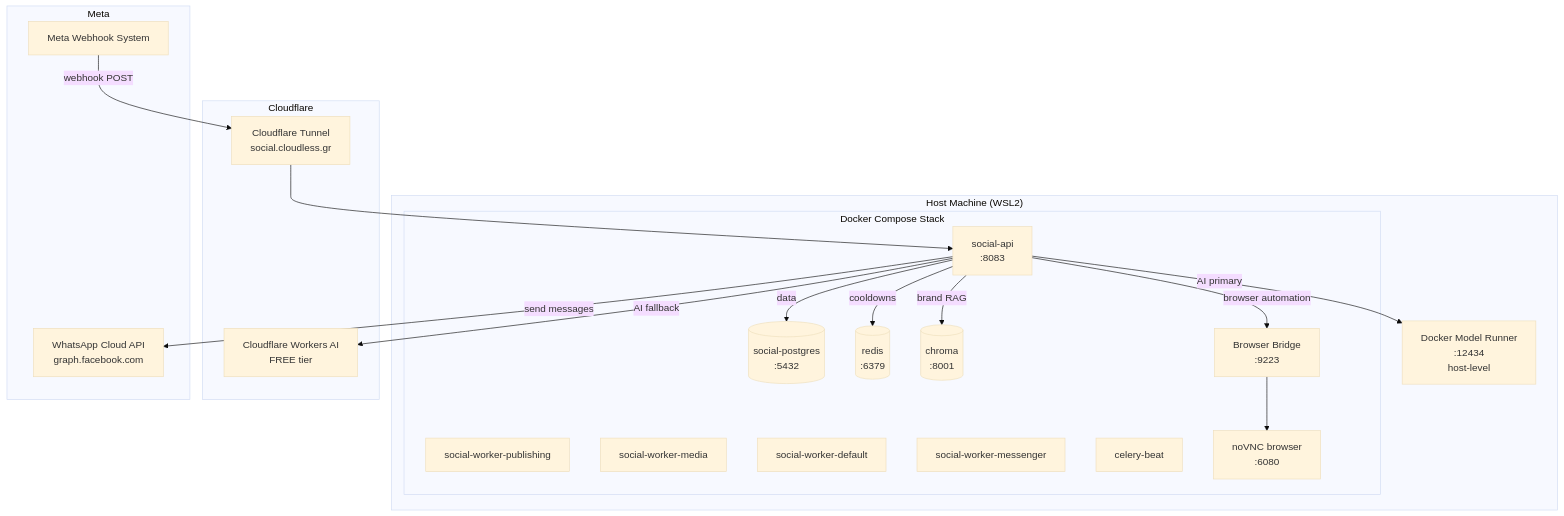
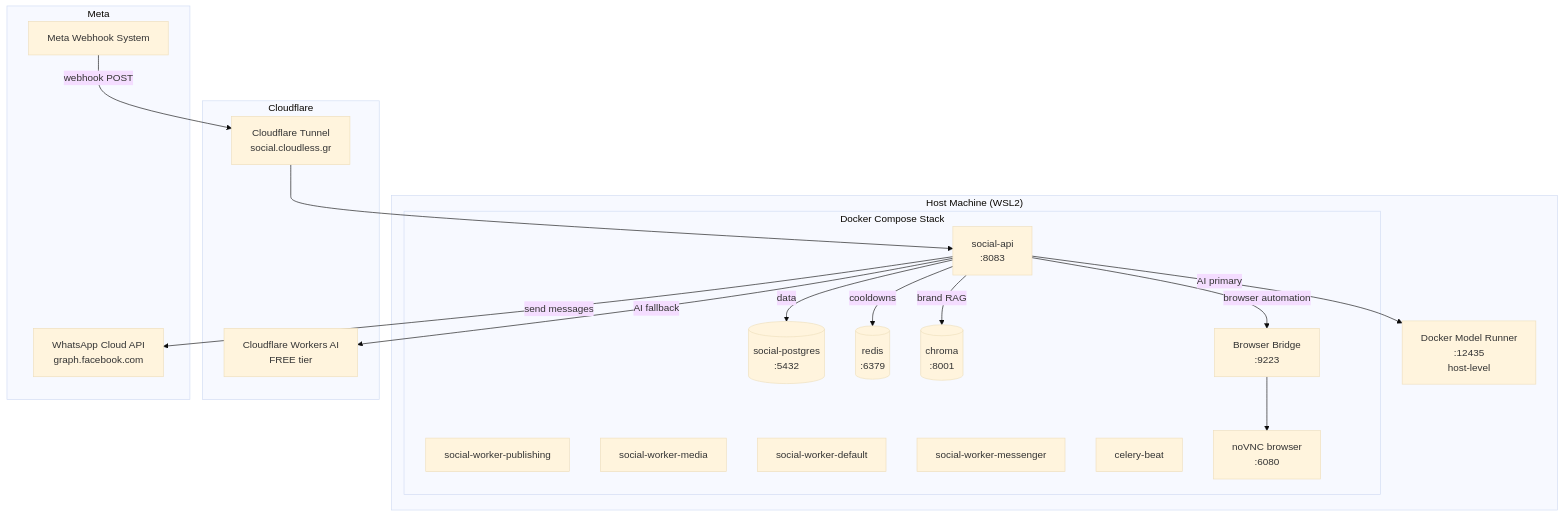
Before and after one commit to Themis128/cu130-slim: the tenth of 10 diagrams in .devin/skills/whatsapp-platform/ARCHITECTURE.md, drawn with Mermaid (base theme). The commit also changed other lines of this file and 19 other files, not shown here.

````diff
--- a/.devin/skills/whatsapp-platform/ARCHITECTURE.md
+++ b/.devin/skills/whatsapp-platform/ARCHITECTURE.md
@@ -343,40 +343,40 @@
 ```mermaid
 graph TB
     subgraph "Host Machine (WSL2)"
         subgraph "Docker Compose Stack"
             SA[social-api<br/>:8083]
             SW1[social-worker-publishing]
             SW2[social-worker-media]
             SW3[social-worker-default]
             SW4[social-worker-messenger]
             CB[celery-beat]
             PG[(social-postgres<br/>:5432)]
             RD[(redis<br/>:6379)]
             CH[(chroma<br/>:8001)]
             NV[noVNC browser<br/>:6080]
             BB[Browser Bridge<br/>:9223]
         end
-        DMR[Docker Model Runner<br/>:12434<br/>host-level]
+        DMR[Docker Model Runner<br/>:12435<br/>host-level]
     end
 
     subgraph "Cloudflare"
         CFW[Cloudflare Workers AI<br/>FREE tier]
         TUN[Cloudflare Tunnel<br/>social.cloudless.gr]
     end
 
     subgraph "Meta"
         WA[WhatsApp Cloud API<br/>graph.facebook.com]
         MWH[Meta Webhook System]
     end
 
     MWH -->|webhook POST| TUN
     TUN --> SA
     SA -->|send messages| WA
     SA -->|AI fallback| CFW
     SA -->|AI primary| DMR
     SA -->|data| PG
     SA -->|cooldowns| RD
     SA -->|brand RAG| CH
     SA -->|browser automation| BB
     BB --> NV
 ```
````
